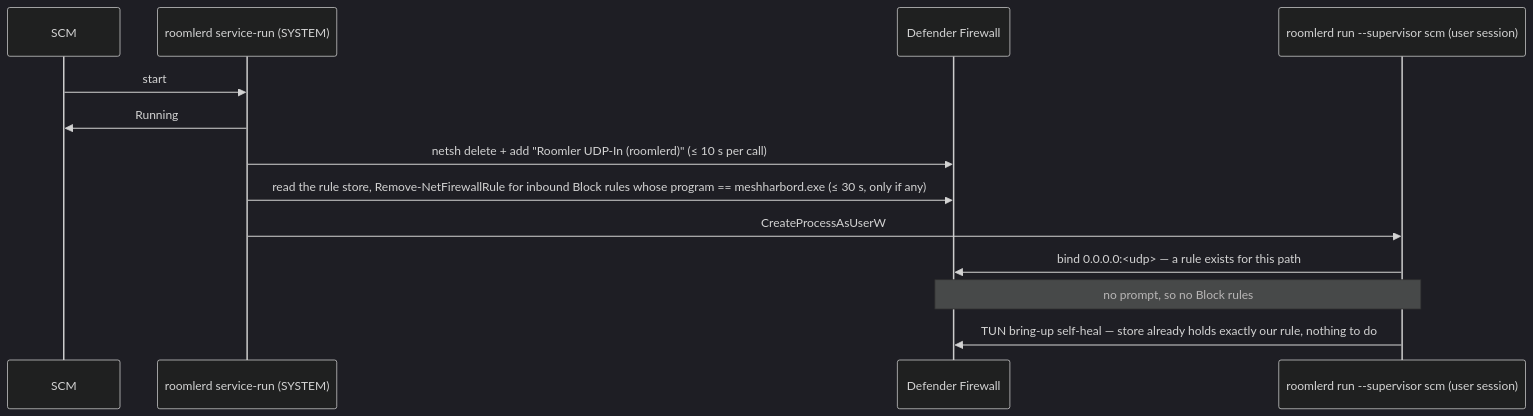
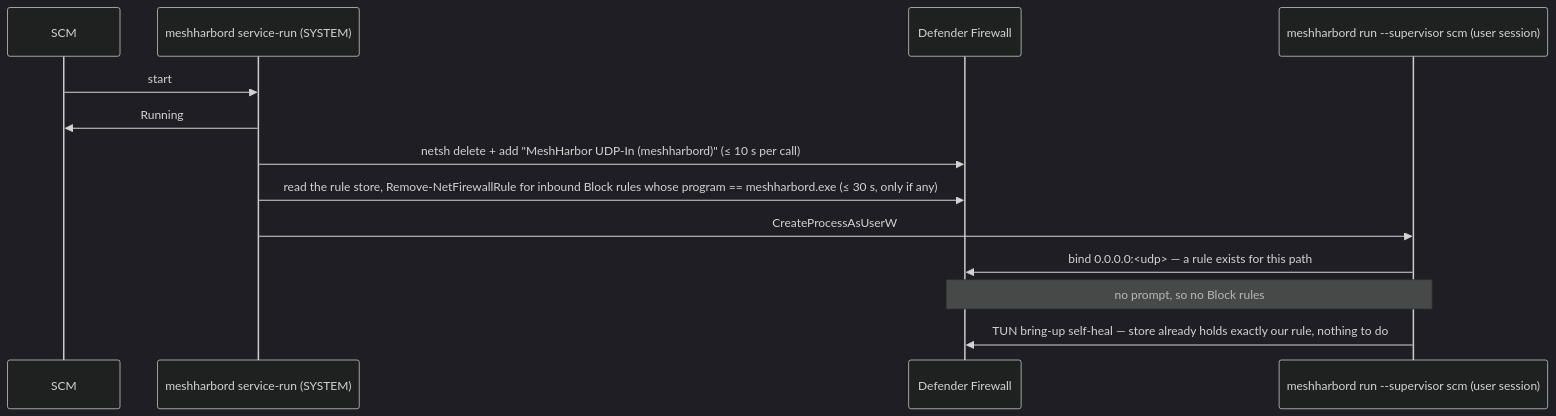
One commit to jk-zhang-meta/MeshHarbor changed the diagram in docs/overlay-wfp.md. Above: the diagram before and after it, drawn with Mermaid (dark theme). The commit also changed other lines of this file and 682 other files, not shown here.

````diff
--- a/docs/overlay-wfp.md
+++ b/docs/overlay-wfp.md
@@ -140,15 +140,15 @@
 ```mermaid
 sequenceDiagram
     participant SCM
-    participant Host as roomlerd service-run (SYSTEM)
+    participant Host as meshharbord service-run (SYSTEM)
     participant FW as Defender Firewall
-    participant Worker as roomlerd run --supervisor scm (user session)
+    participant Worker as meshharbord run --supervisor scm (user session)
     SCM->>Host: start
     Host->>SCM: Running
-    Host->>FW: netsh delete + add "Roomler UDP-In (roomlerd)" (≤ 10 s per call)
+    Host->>FW: netsh delete + add "MeshHarbor UDP-In (meshharbord)" (≤ 10 s per call)
     Host->>FW: read the rule store, Remove-NetFirewallRule for inbound Block rules whose program == meshharbord.exe (≤ 30 s, only if any)
     Host->>Worker: CreateProcessAsUserW
     Worker->>FW: bind 0.0.0.0:<udp> — a rule exists for this path
     Note over FW,Worker: no prompt, so no Block rules
     Worker->>FW: TUN bring-up self-heal — store already holds exactly our rule, nothing to do
 ```
````
